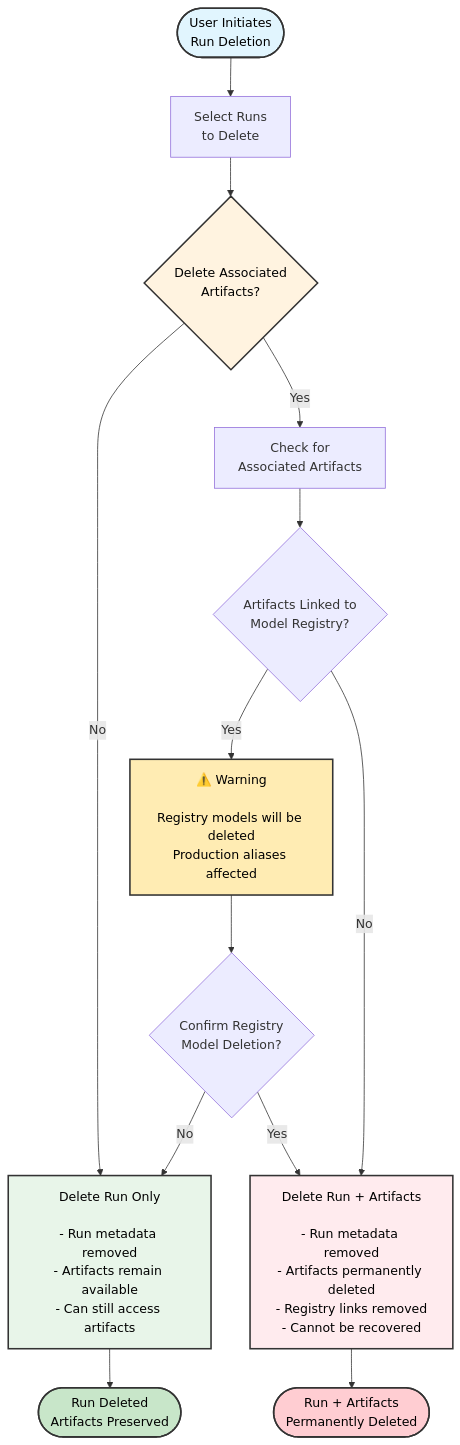
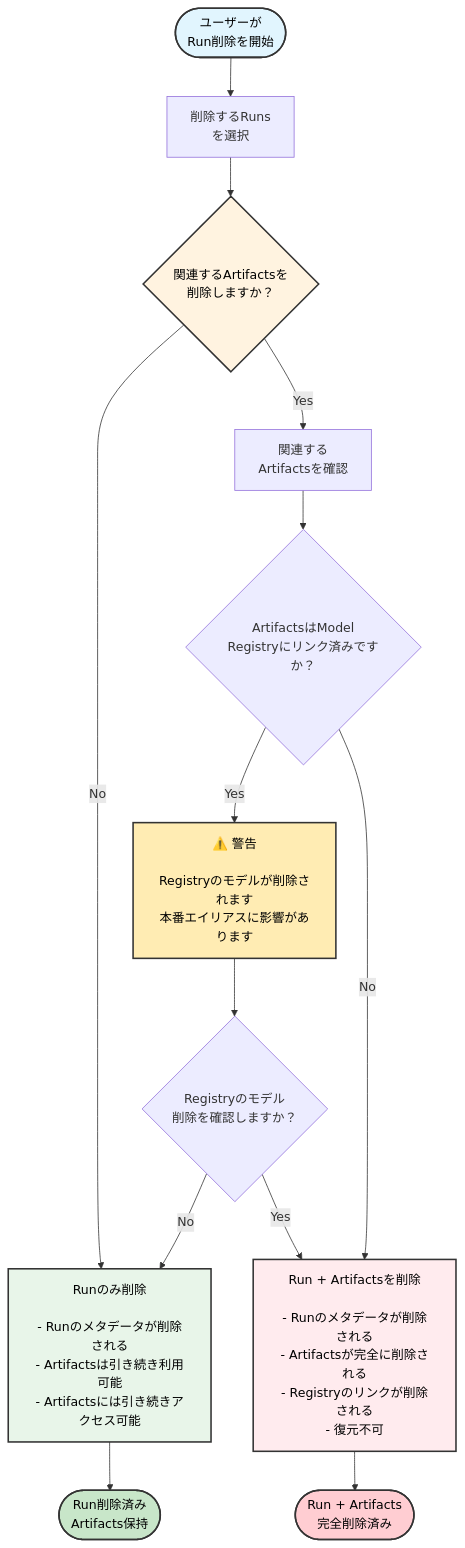
Before and after one commit to wandb/docs: the diagram in ja/models/runs/delete-runs.mdx, drawn with Mermaid. The commit also changed other lines of this file and 2852 other files, not shown here.

````diff
--- a/ja/models/runs/delete-runs.mdx
+++ b/ja/models/runs/delete-runs.mdx
@@ -28,31 +28,31 @@
 ```mermaid
 graph TB
-    Start([User Initiates<br/>Run Deletion]) --> RunSelect[Select Runs<br/>to Delete]
+    Start([ユーザーが<br/>Run削除を開始]) --> RunSelect[削除するRuns<br/>を選択]
     
-    RunSelect --> DeletePrompt{Delete Associated<br/>Artifacts?}
+    RunSelect --> DeletePrompt{関連するArtifactsを<br/>削除しますか？}
     
-    DeletePrompt -->|No| DeleteRunOnly[Delete Run Only<br/><br/>- Run metadata removed<br/>- Artifacts remain available<br/>- Can still access artifacts]
+    DeletePrompt -->|No| DeleteRunOnly[Runのみ削除<br/><br/>- Runのメタデータが削除される<br/>- Artifactsは引き続き利用可能<br/>- Artifactsには引き続きアクセス可能]
     
-    DeletePrompt -->|Yes| CheckArtifacts[Check for<br/>Associated Artifacts]
+    DeletePrompt -->|Yes| CheckArtifacts[関連する<br/>Artifactsを確認]
     
-    CheckArtifacts --> HasRegistry{Artifacts Linked to<br/>Model Registry?}
+    CheckArtifacts --> HasRegistry{ArtifactsはModel<br/>Registryにリンク済みですか？}
     
-    HasRegistry -->|Yes| RegistryWarning[⚠️ Warning<br/><br/>Registry models will be deleted<br/>Production aliases affected]
+    HasRegistry -->|Yes| RegistryWarning[⚠️ 警告<br/><br/>Registryのモデルが削除されます<br/>本番エイリアスに影響があります]
     HasRegistry -->|No| DirectDelete
     
-    RegistryWarning --> ConfirmRegistry{Confirm Registry<br/>Model Deletion?}
+    RegistryWarning --> ConfirmRegistry{Registryのモデル<br/>削除を確認しますか？}
     
     ConfirmRegistry -->|No| DeleteRunOnly
-    ConfirmRegistry -->|Yes| DirectDelete[Delete Run + Artifacts<br/><br/>- Run metadata removed<br/>- Artifacts permanently deleted<br/>- Registry links removed<br/>- Cannot be recovered]
+    ConfirmRegistry -->|Yes| DirectDelete[Run + Artifactsを削除<br/><br/>- Runのメタデータが削除される<br/>- Artifactsが完全に削除される<br/>- Registryのリンクが削除される<br/>- 復元不可]
     
-    DeleteRunOnly --> PartialEnd([Run Deleted<br/>Artifacts Preserved])
-    DirectDelete --> FullEnd([Run + Artifacts<br/>Permanently Deleted])
+    DeleteRunOnly --> PartialEnd([Run削除済み<br/>Artifacts保持])
+    DirectDelete --> FullEnd([Run + Artifacts<br/>完全削除済み])
     
     style Start fill:#e1f5fe,stroke:#333,stroke-width:2px,color:#000
     style DeletePrompt fill:#fff3e0,stroke:#333,stroke-width:2px,color:#000
     style RegistryWarning fill:#ffecb3,stroke:#333,stroke-width:2px,color:#000
     style DirectDelete fill:#ffebee,stroke:#333,stroke-width:2px,color:#000
     style DeleteRunOnly fill:#e8f5e9,stroke:#333,stroke-width:2px,color:#000
     style PartialEnd fill:#c8e6c9,stroke:#333,stroke-width:2px,color:#000
     style FullEnd fill:#ffcdd2,stroke:#333,stroke-width:2px,color:#000
 ```
````
